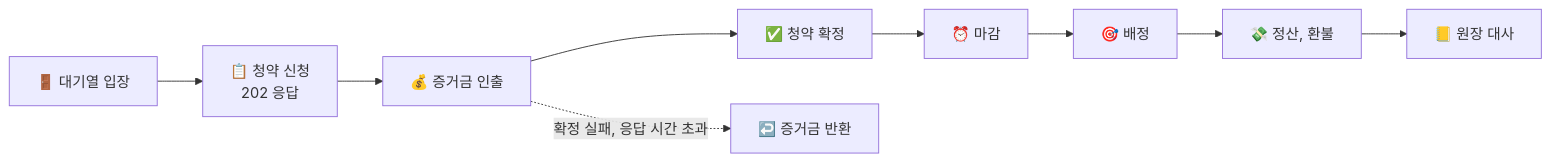
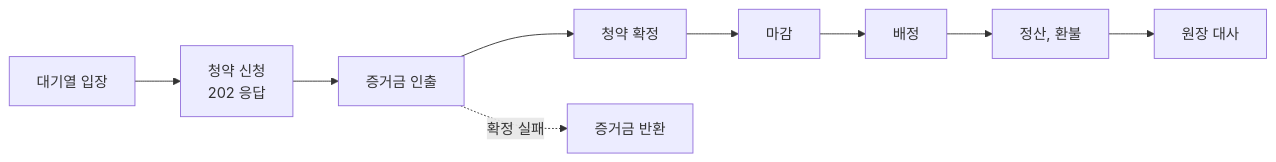
The diagram in README.md (gongmoju-4jo/ipo-subscription), drawn with Mermaid before and after one commit. The commit also changed other lines of this file and 12 other files, not shown here.

````diff
--- a/README.md
+++ b/README.md
@@ -67,11 +20,6 @@
 ```mermaid
 flowchart LR
-    A["🚪 대기열 입장"] --> B["📋 청약 신청<br/>202 응답"]
-    B --> C["💰 증거금 인출"]
-    C --> D["✅ 청약 확정"]
-    D --> E["⏰ 마감"]
-    E --> F["🎯 배정"]
-    F --> G["💸 정산, 환불"]
-    G --> H["📒 원장 대사"]
-    C -. "확정 실패, 응답 시간 초과" .-> R["↩️ 증거금 반환"]
+    A[대기열 입장] --> B["청약 신청<br/>202 응답"] --> C[증거금 인출] --> D[청약 확정]
+    D --> E[마감] --> F[배정] --> G[정산, 환불] --> H[원장 대사]
+    C -. 확정 실패 .-> R[증거금 반환]
 ```
````
